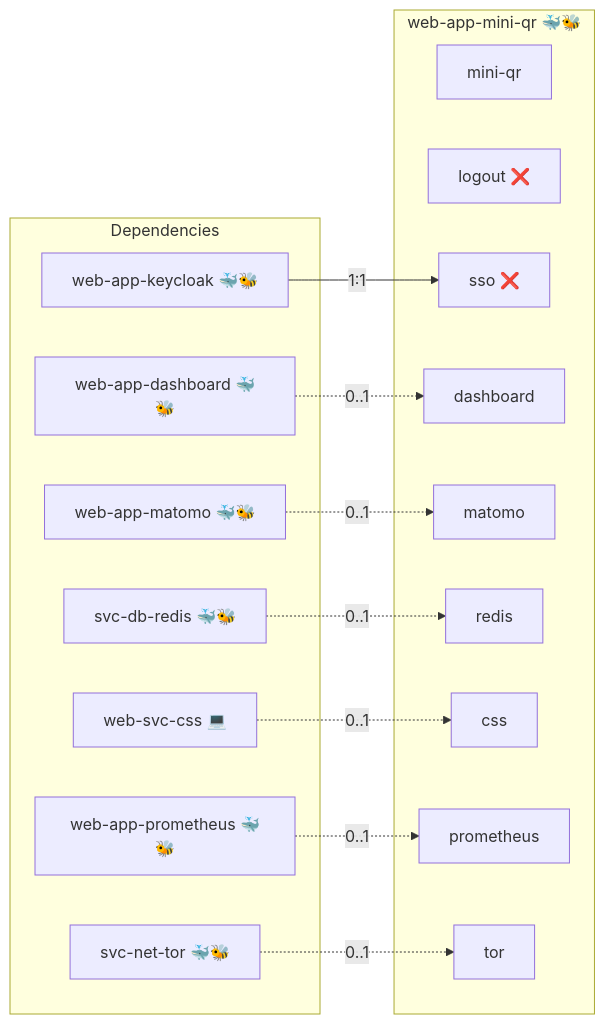
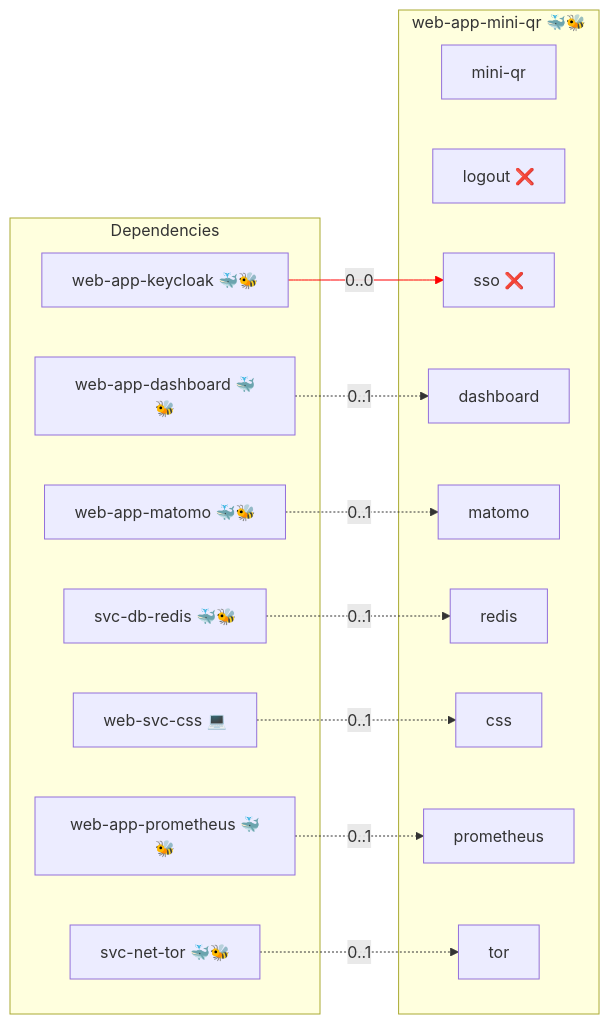
One commit to AlejandroRomanIbanez/infinito-nexus changed the diagram in roles/web-app-mini-qr/README.md. Above: the diagram before and after it, drawn with Mermaid. The commit also changed other lines of this file and 256 other files, not shown here.

````diff
--- a/roles/web-app-mini-qr/README.md
+++ b/roles/web-app-mini-qr/README.md
@@ -18,30 +18,31 @@
 ```mermaid
 flowchart LR
     subgraph deps [Dependencies]
         dep_svc_db_redis["svc-db-redis 🐳🐝"]
         dep_svc_net_tor["svc-net-tor 🐳🐝"]
         dep_web_app_dashboard["web-app-dashboard 🐳🐝"]
         dep_web_app_keycloak["web-app-keycloak 🐳🐝"]
         dep_web_app_matomo["web-app-matomo 🐳🐝"]
         dep_web_app_prometheus["web-app-prometheus 🐳🐝"]
         dep_web_svc_css["web-svc-css 💻"]
     end
     subgraph role [web-app-mini-qr 🐳🐝]
         svc_mini_qr["mini-qr"]
         svc_logout["logout ❌"]
         svc_sso["sso ❌"]
         svc_dashboard["dashboard"]
         svc_matomo["matomo"]
         svc_redis["redis"]
         svc_css["css"]
         svc_prometheus["prometheus"]
         svc_tor["tor"]
     end
     dep_svc_db_redis -. "0..1" .-> svc_redis
     dep_svc_net_tor -. "0..1" .-> svc_tor
     dep_web_app_dashboard -. "0..1" .-> svc_dashboard
-    dep_web_app_keycloak -- "1:1" --> svc_sso
+    dep_web_app_keycloak -- "0..0" --> svc_sso
     dep_web_app_matomo -. "0..1" .-> svc_matomo
     dep_web_app_prometheus -. "0..1" .-> svc_prometheus
     dep_web_svc_css -. "0..1" .-> svc_css
+    linkStyle 3 stroke:red;
 ```
````
